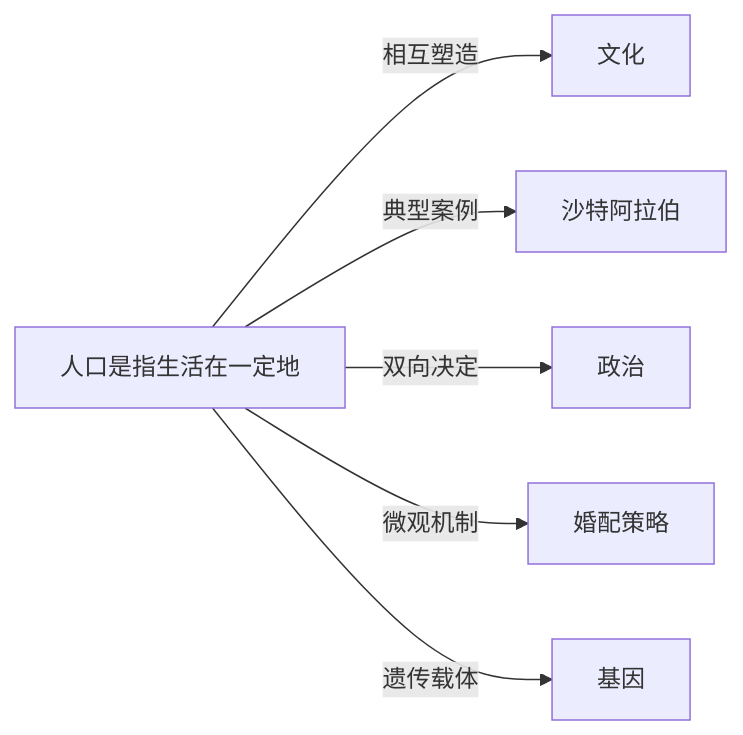
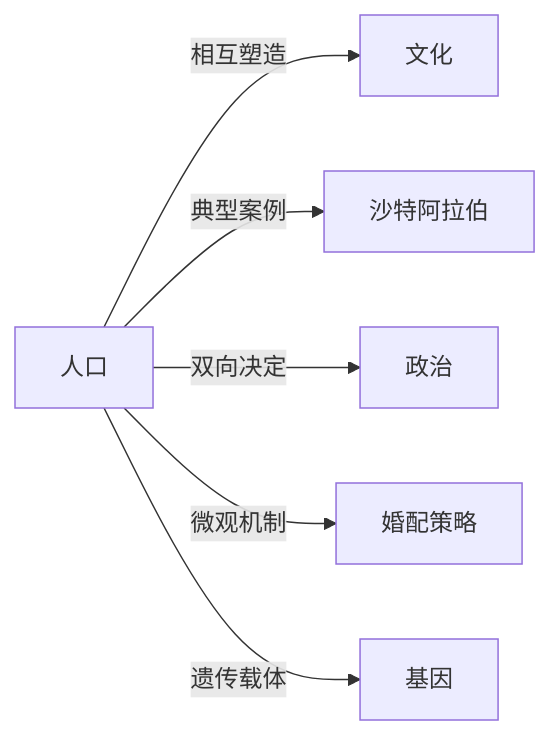
The diagram in Knowledge/Concepts/人口学/人口.md (KIMMCHOW/MyKnowledge), drawn with Mermaid before and after one commit. The commit also changed 96 other files, not shown here.

Commit message:
fix: 修复概念页关系图节点并补齐缺失关联

````diff
--- a/Knowledge/Concepts/人口学/人口.md
+++ b/Knowledge/Concepts/人口学/人口.md
@@ -42,8 +42,8 @@
 ```mermaid
 graph LR
-    人口是指生活在一定地 -->|相互塑造| 文化
-    人口是指生活在一定地 -->|典型案例| 沙特阿拉伯
-    人口是指生活在一定地 -->|双向决定| 政治
-    人口是指生活在一定地 -->|微观机制| 婚配策略
-    人口是指生活在一定地 -->|遗传载体| 基因
+人口 -->|相互塑造| 文化
+人口 -->|典型案例| 沙特阿拉伯
+人口 -->|双向决定| 政治
+人口 -->|微观机制| 婚配策略
+人口 -->|遗传载体| 基因
 ```
````
